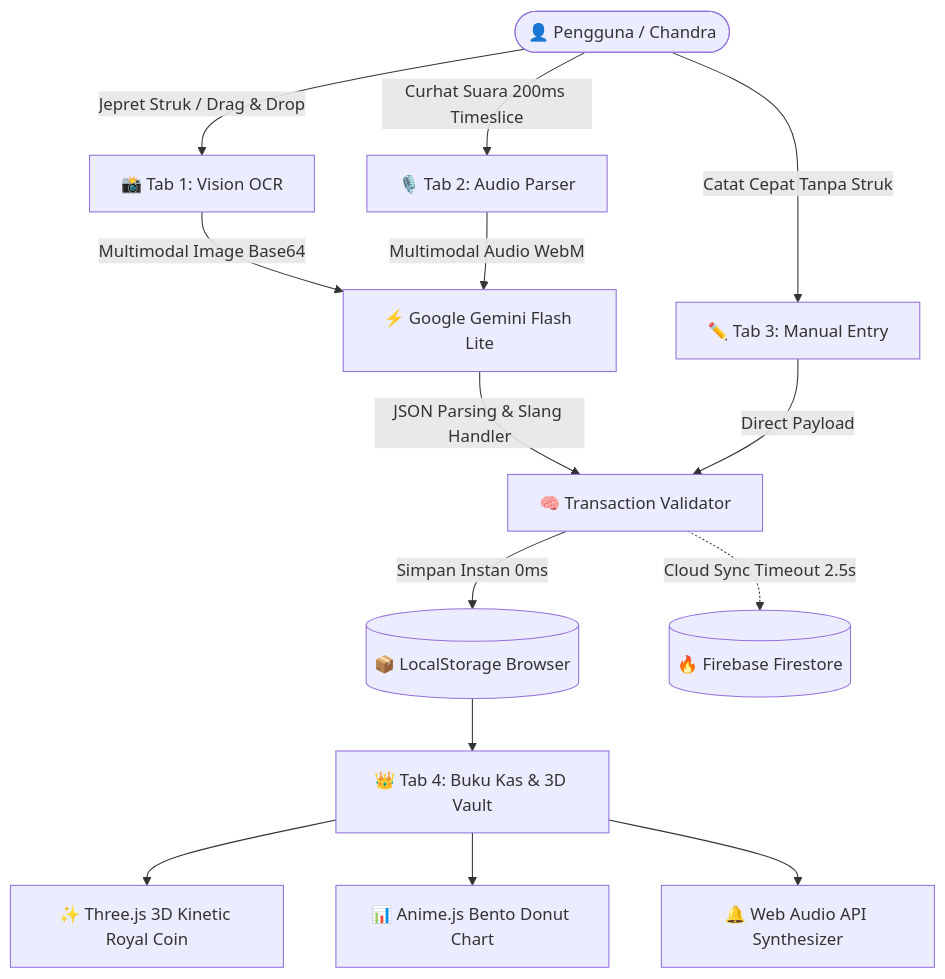
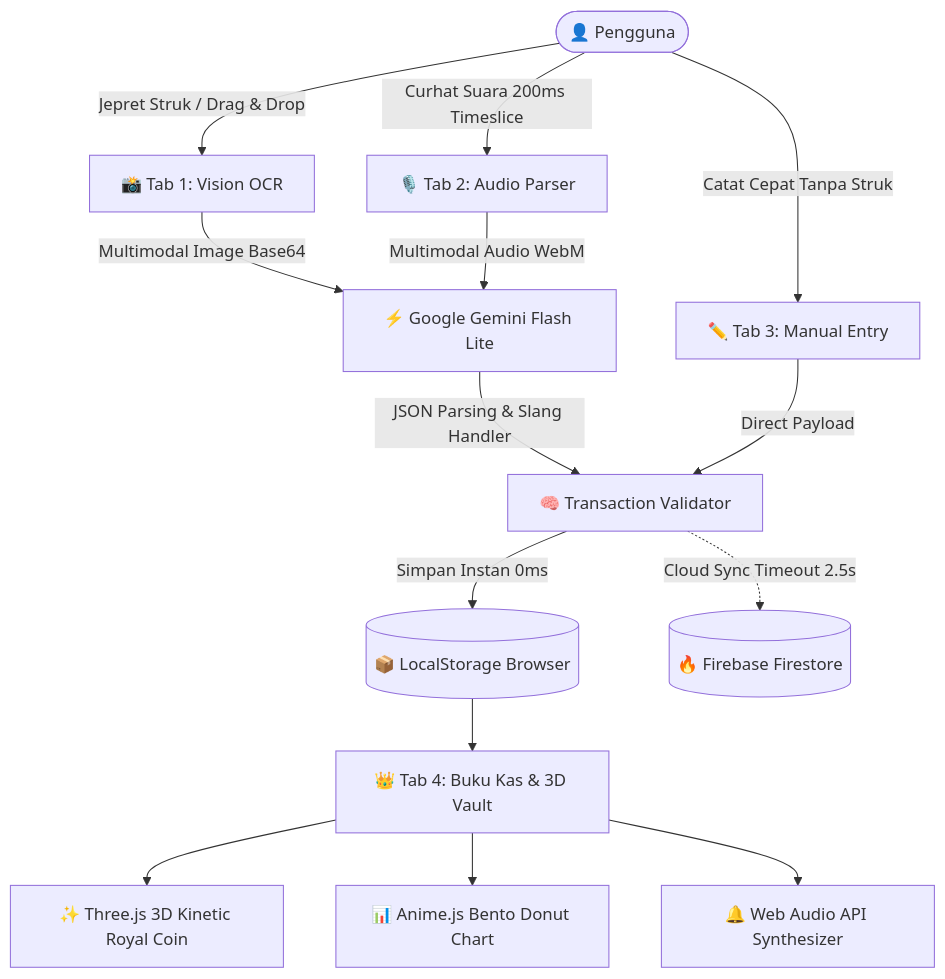
Before and after one commit to channdraa-afk/Memony: the diagram in README.md, drawn with Mermaid. The commit also changed other lines of this file, not shown here.

````diff
--- a/README.md
+++ b/README.md
@@ -77,20 +65,20 @@
 ```mermaid
 graph TD
-    User([👤 Pengguna / Chandra]) -->|Jepret Struk / Drag & Drop| Vision[📸 Tab 1: Vision OCR]
+    User([👤 Pengguna]) -->|Jepret Struk / Drag & Drop| Vision[📸 Tab 1: Vision OCR]
     User -->|Curhat Suara 200ms Timeslice| Voice[🎙️ Tab 2: Audio Parser]
     User -->|Catat Cepat Tanpa Struk| Manual[✏️ Tab 3: Manual Entry]
 
     Vision -->|Multimodal Image Base64| Gemini[⚡ Google Gemini Flash Lite]
     Voice -->|Multimodal Audio WebM| Gemini
     
     Gemini -->|JSON Parsing & Slang Handler| Engine[🧠 Transaction Validator]
     Manual -->|Direct Payload| Engine
     
     Engine -->|Simpan Instan 0ms| LocalStorage[(📦 LocalStorage Browser)]
     Engine -.->|Cloud Sync Timeout 2.5s| Cloud[(🔥 Firebase Firestore)]
     
     LocalStorage --> Vault[👑 Tab 4: Buku Kas & 3D Vault]
     Vault --> ThreeJS[✨ Three.js 3D Kinetic Royal Coin]
     Vault --> Donut[📊 Anime.js Bento Donut Chart]
     Vault --> WebAudio[🔔 Web Audio API Synthesizer]
 ```
````
